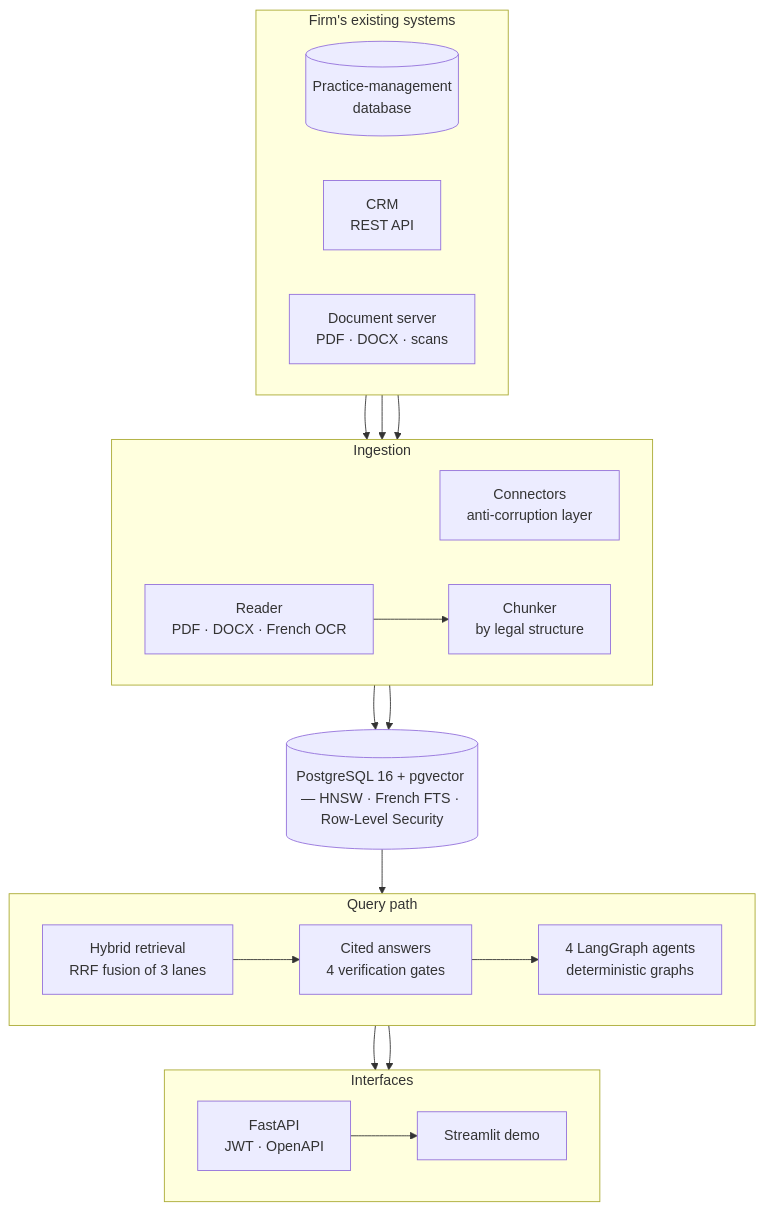
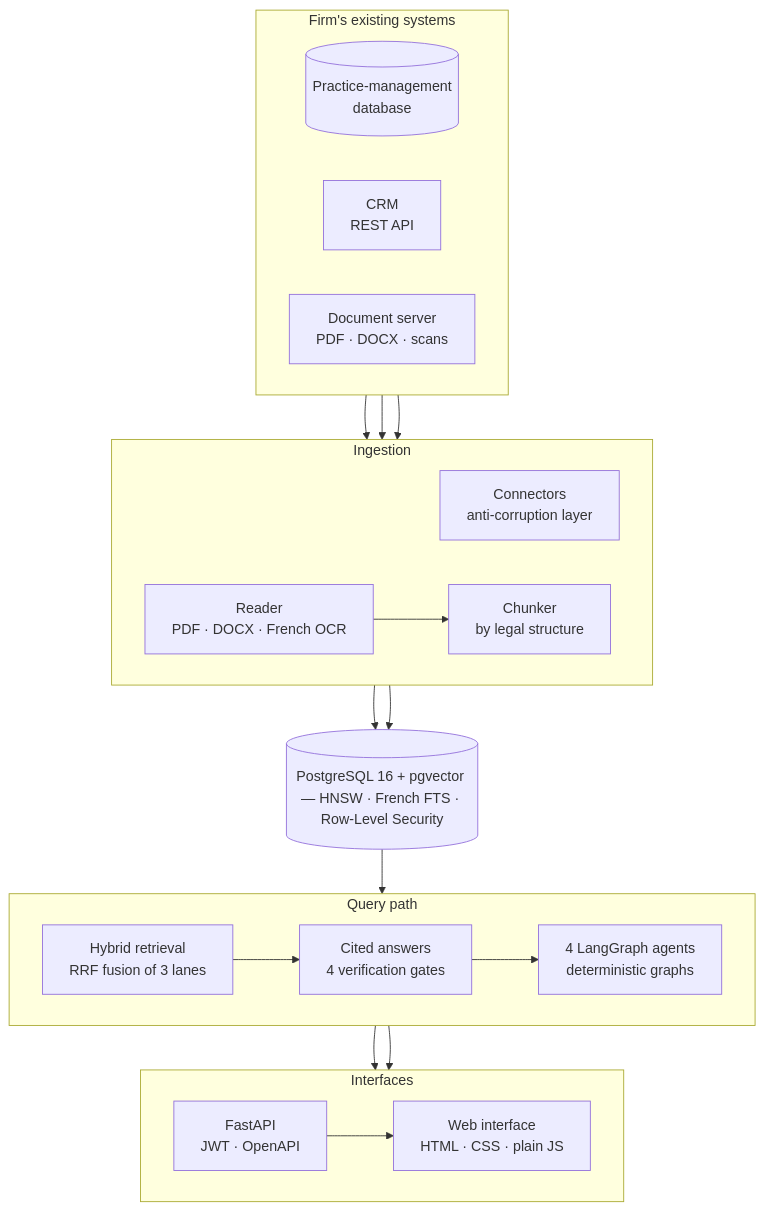
One commit to Dioumadev221/jurismind changed the first of 7 diagrams in README.md. Above: the diagram before and after it, drawn with Mermaid. The commit also changed other lines of this file and 7 other files, not shown here.

First line of the commit message:
chore: retirer la demo Streamlit, remplacee par l interface web

````diff
--- a/README.md
+++ b/README.md
@@ -64,40 +64,40 @@
 ```mermaid
 flowchart TB
     subgraph existing["Firm's existing systems"]
         direction LR
         LEG[("Practice-management<br/>database")]
         CRM["CRM<br/>REST API"]
         FS["Document server<br/>PDF · DOCX · scans"]
     end
 
     subgraph ing["Ingestion"]
         direction LR
         CONN["Connectors<br/>anti-corruption layer"]
         RD["Reader<br/>PDF · DOCX · French OCR"]
         CH["Chunker<br/>by legal structure"]
     end
 
     DB[("PostgreSQL 16 + pgvector — HNSW · French FTS · Row-Level Security")]
 
     subgraph query["Query path"]
         direction LR
         RET["Hybrid retrieval<br/>RRF fusion of 3 lanes"]
         RAG["Cited answers<br/>4 verification gates"]
         AGT["4 LangGraph agents<br/>deterministic graphs"]
     end
 
     subgraph edge["Interfaces"]
         direction LR
         API["FastAPI<br/>JWT · OpenAPI"]
-        UI["Streamlit demo"]
+        UI["Web interface<br/>HTML · CSS · plain JS"]
     end
 
     LEG --> CONN
     CRM --> CONN
     FS --> RD --> CH
     CONN --> DB
     CH --> DB
     DB --> RET --> RAG --> AGT
     RET --> API
     AGT --> API --> UI
 ```
````
